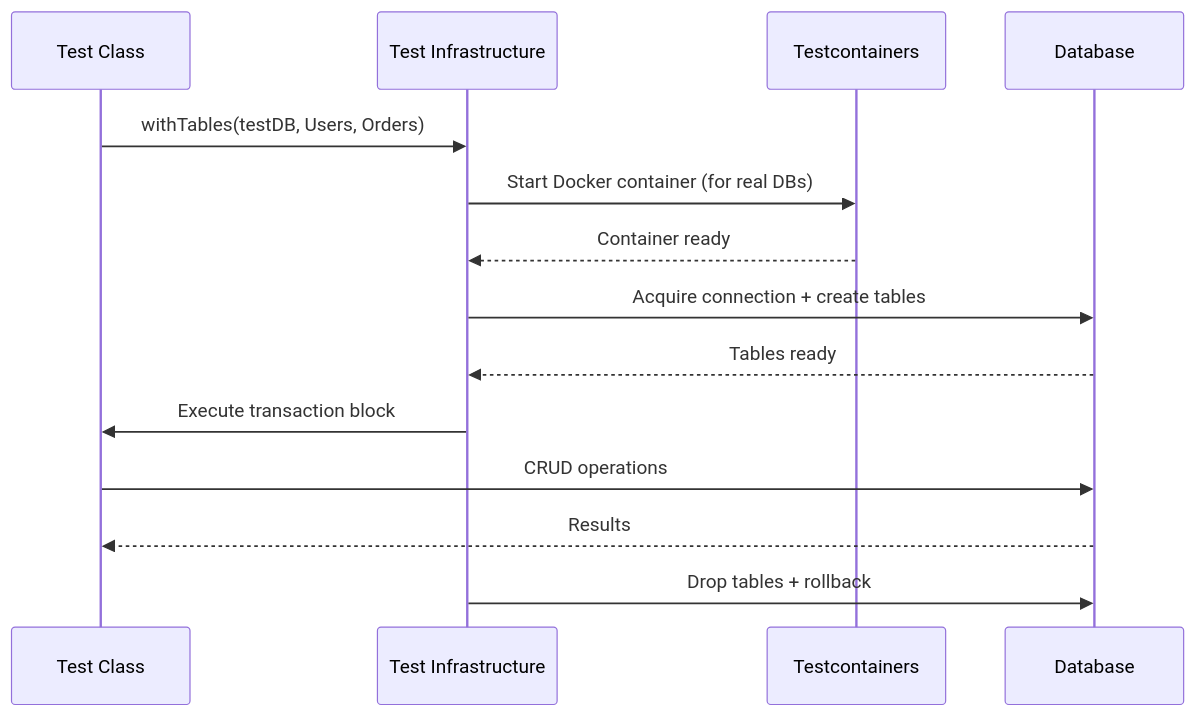
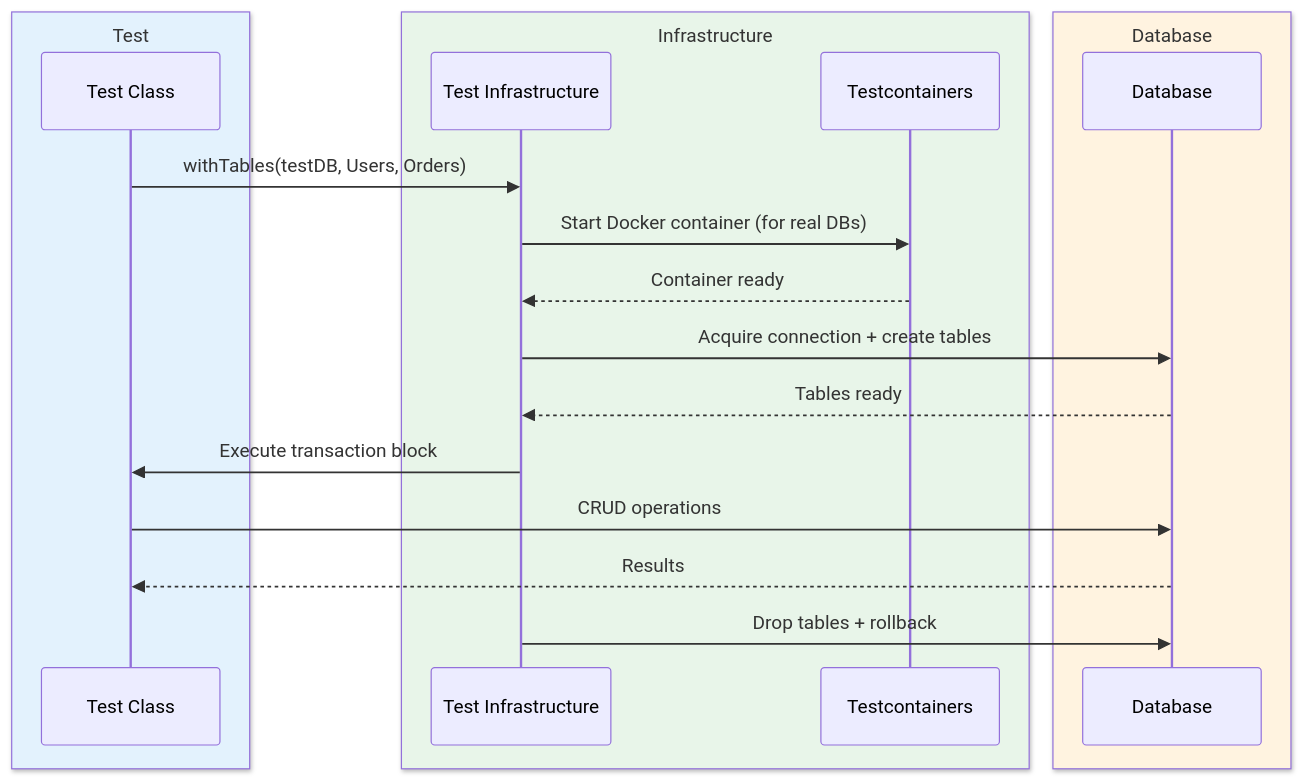
One commit to bluetape4k/bluetape4k-projects changed the second of 2 diagrams in data/exposed-jdbc-tests/README.md. Above: the diagram before and after it, drawn with Mermaid. The commit also changed other lines of this file and 221 other files, not shown here.

First line of the commit message:
docs: 전체 모듈 README UML 다이어그램 보강 및 색상 업그레이드

````diff
--- a/data/exposed-jdbc-tests/README.md
+++ b/data/exposed-jdbc-tests/README.md
@@ -334,17 +344,23 @@
 ```mermaid
 sequenceDiagram
-    participant Test as Test Class
-    participant Infra as Test Infrastructure
-    participant TC as Testcontainers
-    participant DB as Database
+    box rgb(227, 242, 253) Test
+        participant Test as Test Class
+    end
+    box rgb(232, 245, 233) Infrastructure
+        participant Infra as Test Infrastructure
+        participant TC as Testcontainers
+    end
+    box rgb(255, 243, 224) Database
+        participant DB as Database
+    end
 
     Test->>Infra: withTables(testDB, Users, Orders)
     Infra->>TC: Start Docker container (for real DBs)
     TC-->>Infra: Container ready
     Infra->>DB: Acquire connection + create tables
     DB-->>Infra: Tables ready
     Infra->>Test: Execute transaction block
     Test->>DB: CRUD operations
     DB-->>Test: Results
     Infra->>DB: Drop tables + rollback
 ```
````
